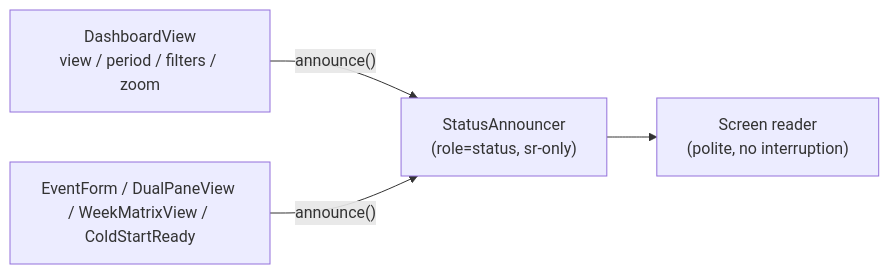
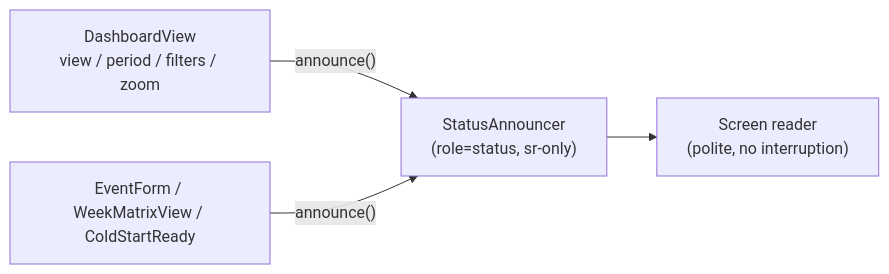
The first of 2 diagrams in docs/accessibility.md (oncloudnintynineone-source/cloudy2), drawn with Mermaid before and after one commit. The commit also changed other lines of this file and 96 other files, not shown here.

Commit message:
retire Month & Agenda view kind (dual coerces to month)

````diff
--- a/docs/accessibility.md
+++ b/docs/accessibility.md
@@ -44,6 +44,6 @@
 ```mermaid
 flowchart LR
  D["DashboardView<br/>view / period / filters / zoom"] -->|"announce()"| A["StatusAnnouncer<br/>(role=status, sr-only)"]
- D2["EventForm / DualPaneView / WeekMatrixView / ColdStartReady"] -->|"announce()"| A
+ D2["EventForm / WeekMatrixView / ColdStartReady"] -->|"announce()"| A
  A --> SR["Screen reader<br/>(polite, no interruption)"]
 ```
````
